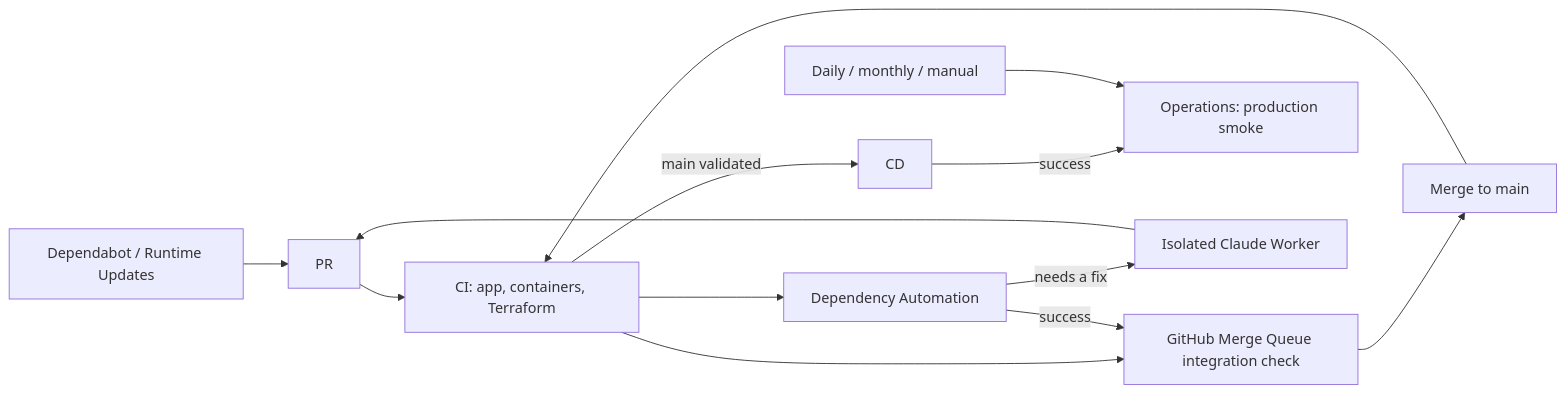
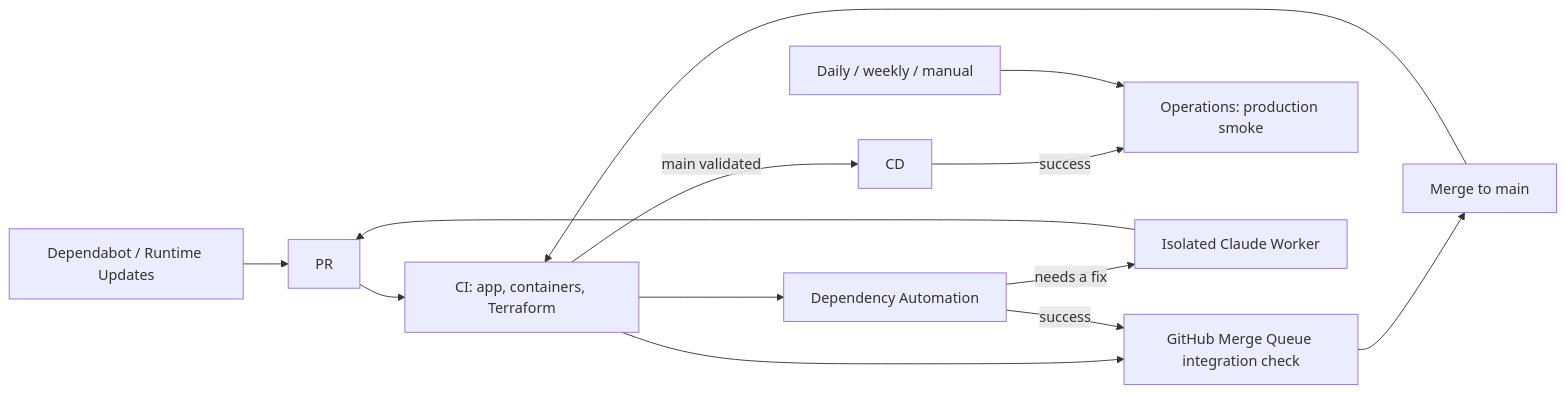
Before and after one commit to videoq-jp/videoq: the diagram in .github/WORKFLOWS.md, drawn with Mermaid. The commit also changed other lines of this file and 17 other files, not shown here.

````diff
--- a/.github/WORKFLOWS.md
+++ b/.github/WORKFLOWS.md
@@ -6,15 +6,15 @@
 ```mermaid
 flowchart LR
   PR[PR] --> CI[CI: app, containers, Terraform]
   CI --> Q[GitHub Merge Queue integration check]
   Q --> M[Merge to main]
   M --> CI
   CI -->|main validated| CD[CD]
   CD -->|success| O[Operations: production smoke]
   D[Dependabot / Runtime Updates] --> PR
   CI --> A[Dependency Automation]
   A -->|success| Q
   A -->|needs a fix| C[Isolated Claude Worker]
   C --> PR
-  T[Daily / monthly / manual] --> O
+  T[Daily / weekly / manual] --> O
 ```
````
